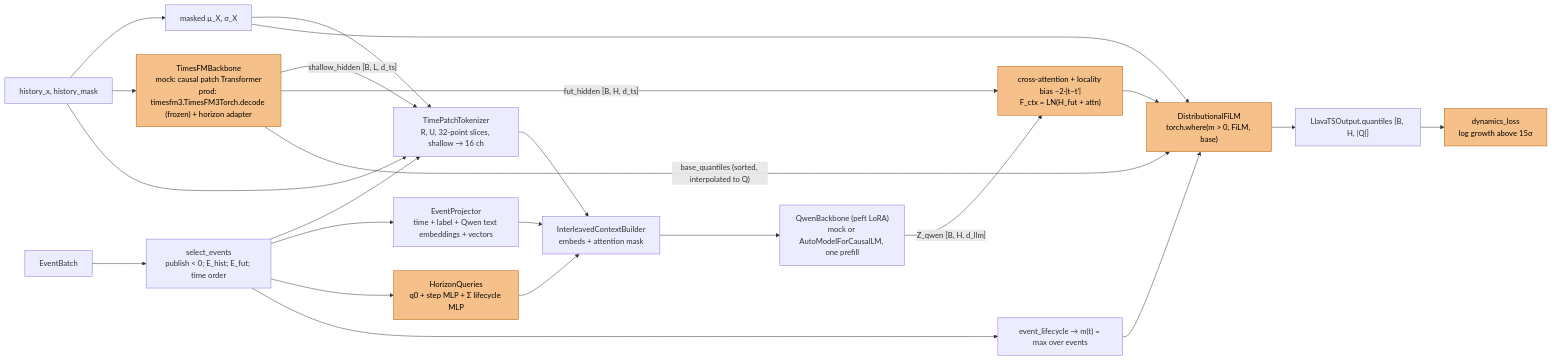
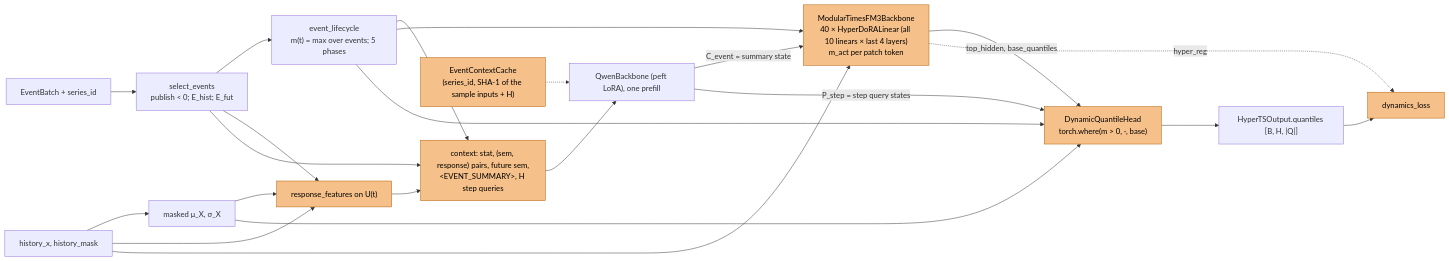
Before and after one commit to xwyzsn/mm_code: the second of 2 diagrams in model.md, drawn with Mermaid. The commit also changed other lines of this file and 7 other files, not shown here.

Commit message:
Scheme 2 Stage C: loss terms, multi-stage pulse data, test 5, model.md for Scheme 2

````diff
--- a/model.md
+++ b/model.md
@@ -91,27 +81,27 @@
 ```mermaid
 flowchart LR
-    X[history_x, history_mask] --> STATS["masked μ_X, σ_X"]
-    X --> TFM["TimesFMBackbone<br/>mock: causal patch Transformer<br/>prod: timesfm3.TimesFM3Torch.decode (frozen) + horizon adapter"]
-    EV[EventBatch] --> SEL["select_events<br/>publish < 0; E_hist; E_fut; time order"]
-    X --> TOK["TimePatchTokenizer<br/>R, U, 32-point slices, shallow → 16 ch"]
-    STATS --> TOK
-    TFM -- "shallow_hidden [B, L, d_ts]" --> TOK
-    SEL --> TOK
-    SEL --> EP["EventProjector<br/>time + label + Qwen text embeddings + vectors"]
-    SEL --> HQ["HorizonQueries<br/>q0 + step MLP + Σ lifecycle MLP"]
-    TOK --> CTX["InterleavedContextBuilder<br/>embeds + attention mask"]
-    EP --> CTX
-    HQ --> CTX
-    CTX --> QW["QwenBackbone (peft LoRA)<br/>mock or AutoModelForCausalLM, one prefill"]
-    QW -- "Z_qwen [B, H, d_llm]" --> XA["cross-attention + locality bias −2·|t−t'|<br/>F_ctx = LN(H_fut + attn)"]
-    TFM -- "fut_hidden [B, H, d_ts]" --> XA
-    XA --> FILM["DistributionalFiLM<br/>torch.where(m > 0, FiLM, base)"]
-    TFM -- "base_quantiles (sorted, interpolated to Q)" --> FILM
-    SEL --> M["event_lifecycle → m(t) = max over events"] --> FILM
-    STATS --> FILM
-    FILM --> Y["LlavaTSOutput.quantiles [B, H, |Q|]"]
-    Y --> LOSS["dynamics_loss<br/>log growth above 15σ"]
+    X["history_x, history_mask"] --> ST["masked μ_X, σ_X"]
+    EV["EventBatch + series_id"] --> SEL["select_events<br/>publish < 0; E_hist; E_fut"]
+    SEL --> LIFE["event_lifecycle<br/>m(t) = max over events; 5 phases"]
+    X --> RESP["response_features on U(t)"]
+    SEL --> RESP
+    ST --> RESP
+    RESP --> CTX["context: stat, (sem, response) pairs, future sem,<br/>&lt;EVENT_SUMMARY&gt;, H step queries"]
+    SEL --> CTX
+    LIFE --> CTX
+    CTX --> QW["QwenBackbone (peft LoRA), one prefill"]
+    CACHE["EventContextCache<br/>(series_id, SHA-1 of the sample inputs + H)"] -.-> QW
+    QW -- "C_event = summary state" --> TFM["ModularTimesFM3Backbone<br/>40 × HyperDoRALinear (all 10 linears × last 4 layers)<br/>m_act per patch token"]
+    LIFE --> TFM
+    X --> TFM
+    QW -- "P_step = step query states" --> HEAD["DynamicQuantileHead<br/>torch.where(m > 0, ·, base)"]
+    TFM -- "top_hidden, base_quantiles" --> HEAD
+    LIFE --> HEAD
+    ST --> HEAD
+    HEAD --> Y["HyperTSOutput.quantiles [B, H, |Q|]"]
+    TFM -. "hyper_reg" .-> LOSS["dynamics_loss"]
+    Y --> LOSS
 
     classDef changed fill:#f6c08a,stroke:#b35c00,color:#000
-    class TFM,XA,FILM,HQ,LOSS changed
+    class CACHE,TFM,HEAD,RESP,CTX,LOSS changed
 ```
````
